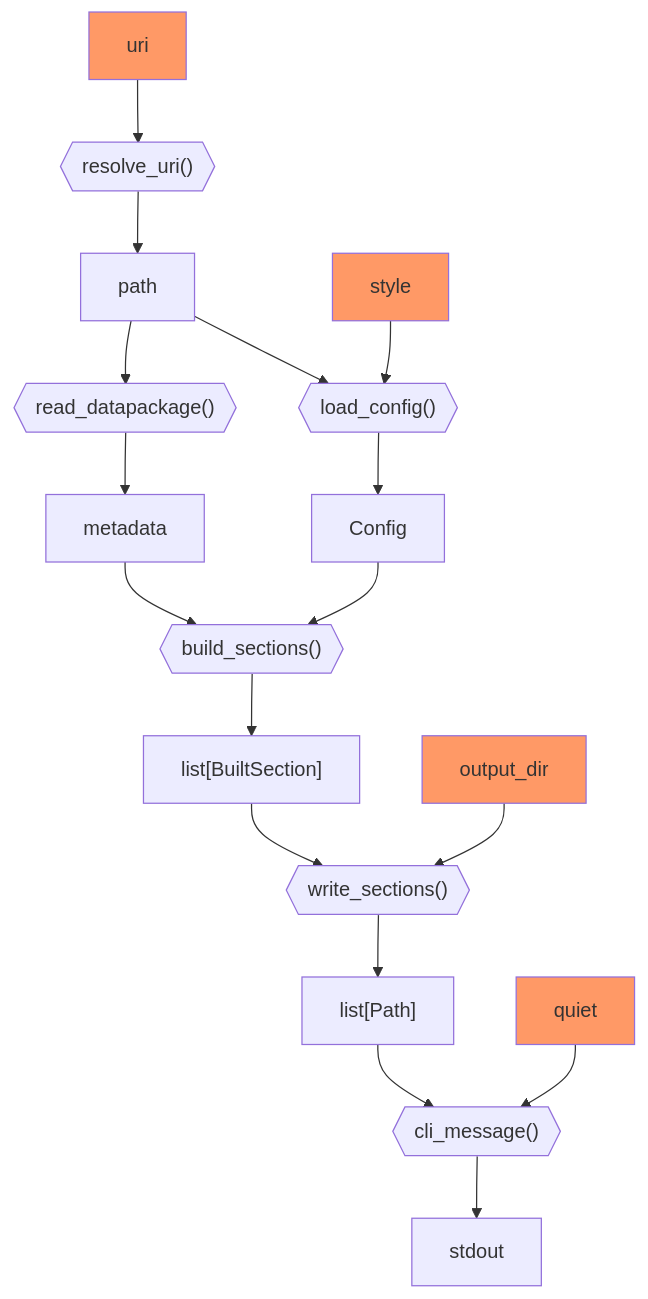
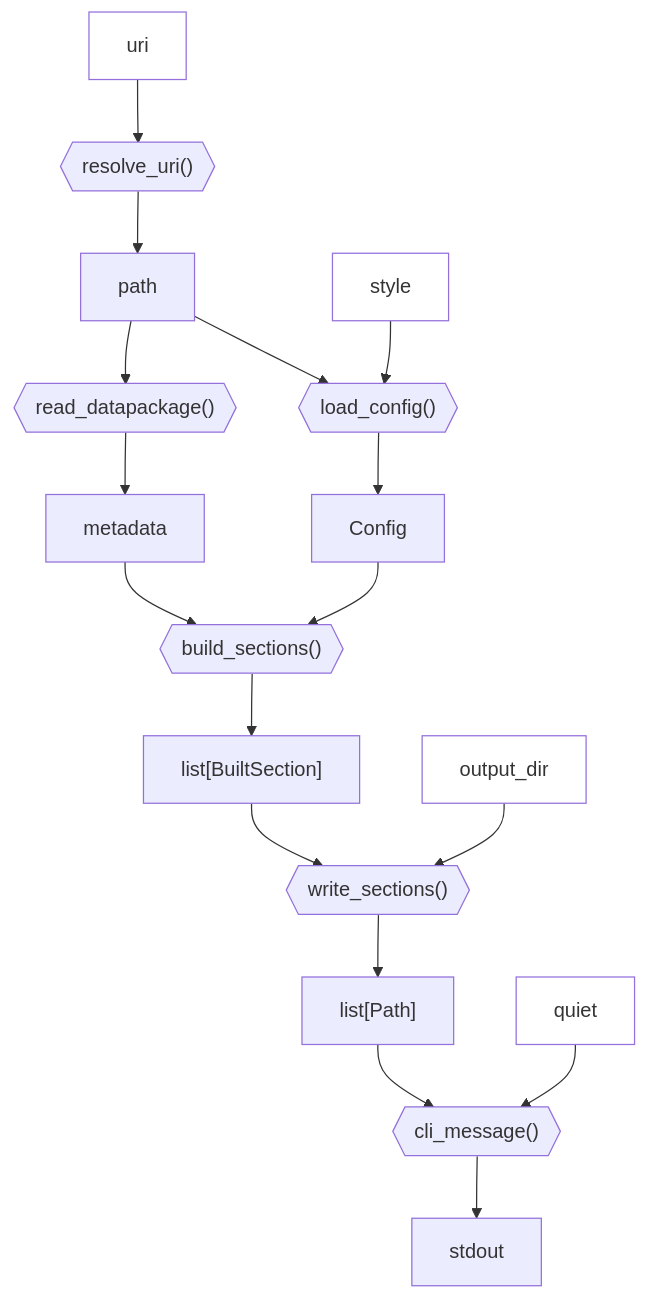
One commit to seedcase-project/seedcase-flower changed the diagram in docs/design/interface/python.qmd. Above: the diagram before and after it, drawn with Mermaid. The commit also changed other lines of this file, not shown here.

````diff
--- a/docs/design/interface/python.qmd
+++ b/docs/design/interface/python.qmd
@@ -76,17 +76,17 @@
 ```{mermaid}
 %%| label: fig-python-build-flow
 %%| fig-cap: "Diagram of the internal flow of functions and objects in the `build()` CLI function."
 flowchart TD
     uri:::input --> resolve_uri{{"resolve_uri()"}} --> path
     path --> load_config{{"load_config()"}} --> Config
     style_cfg[style]:::input --> load_config
     path --> read_dp{{"read_datapackage()"}} --> metadata
     metadata & Config --> build_sections{{"build_sections()"}} --> output["list[BuiltSection]"]
     output --> write_sections{{"write_sections()"}}
     output_dir:::input --> write_sections
     write_sections --> files["list[Path]"]
     files --> cli_message{{"cli_message()"}} --> stdout
     quiet:::input --> cli_message
 
-    classDef input fill:#f96
+    classDef input fill:#FFF
 ```
````
